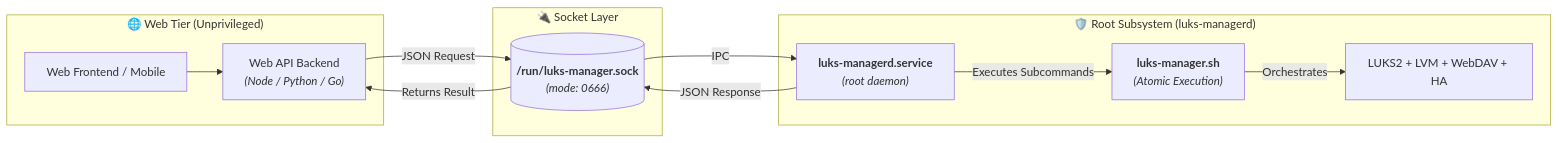
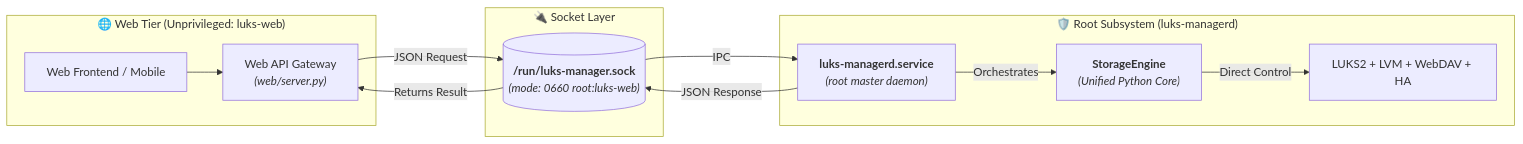
Before and after one commit to a-cifrodelli/luks-companion: the diagram in docs/daemon.md, drawn with Mermaid. The commit also changed other lines of this file and 32 other files, not shown here.

Commit message:
feat: unified python core with privilege isolation, pytest suite and diagnostics

````diff
--- a/docs/daemon.md
+++ b/docs/daemon.md
@@ -15,23 +15,23 @@
 ```mermaid
 flowchart LR
-    subgraph WEB ["🌐 Web Tier (Unprivileged)"]
-        UI["Web Frontend / Mobile"] --> API["Web API Backend<br/><i>(Node / Python / Go)</i>"]
+    subgraph WEB ["🌐 Web Tier (Unprivileged: luks-web)"]
+        UI["Web Frontend / Mobile"] --> API["Web API Gateway<br/><i>(web/server.py)</i>"]
     end
 
     subgraph SOCK ["🔌 Socket Layer"]
-        Socket[("<b>/run/luks-manager.sock</b><br/><i>(mode: 0666)</i>")]
+        Socket[("<b>/run/luks-manager.sock</b><br/><i>(mode: 0660 root:luks-web)</i>")]
     end
 
     subgraph SYSTEM ["🛡️ Root Subsystem (luks-managerd)"]
-        Daemon["<b>luks-managerd.service</b><br/><i>(root daemon)</i>"]
-        Manager["<b>luks-manager.sh</b><br/><i>(Atomic Execution)</i>"]
+        Daemon["<b>luks-managerd.service</b><br/><i>(root master daemon)</i>"]
+        Engine["<b>StorageEngine</b><br/><i>(Unified Python Core)</i>"]
         Storage["LUKS2 + LVM + WebDAV + HA"]
     end
 
     API -->|JSON Request| Socket
     Socket -->|IPC| Daemon
-    Daemon -->|Executes Subcommands| Manager
-    Manager -->|Orchestrates| Storage
+    Daemon -->|Orchestrates| Engine
+    Engine -->|Direct Control| Storage
     Daemon -->|JSON Response| Socket
     Socket -->|Returns Result| API
 ```
````
